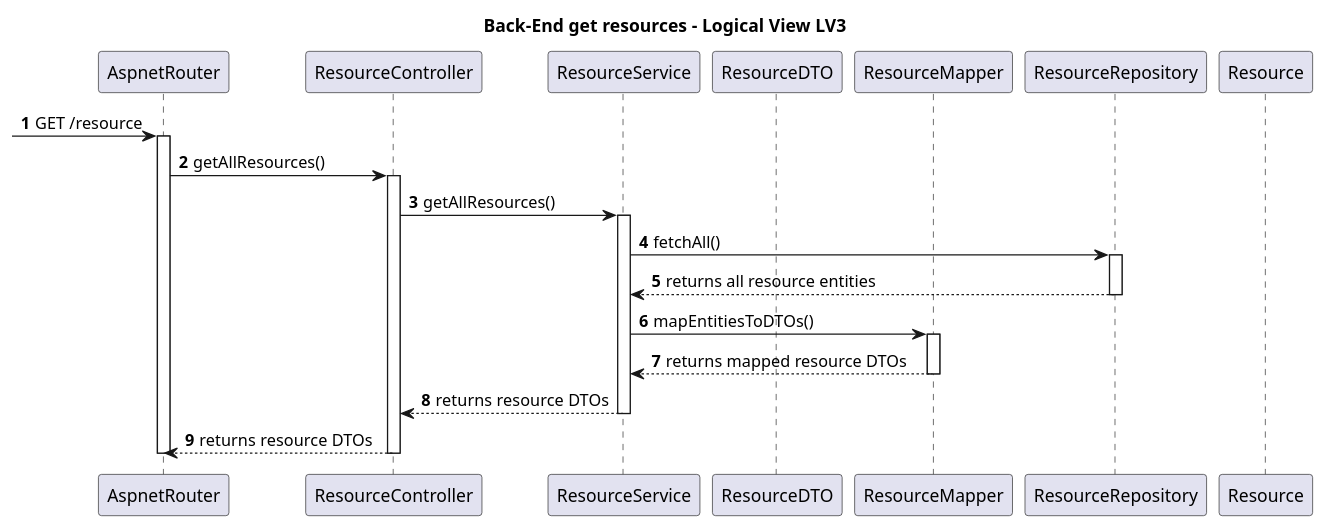
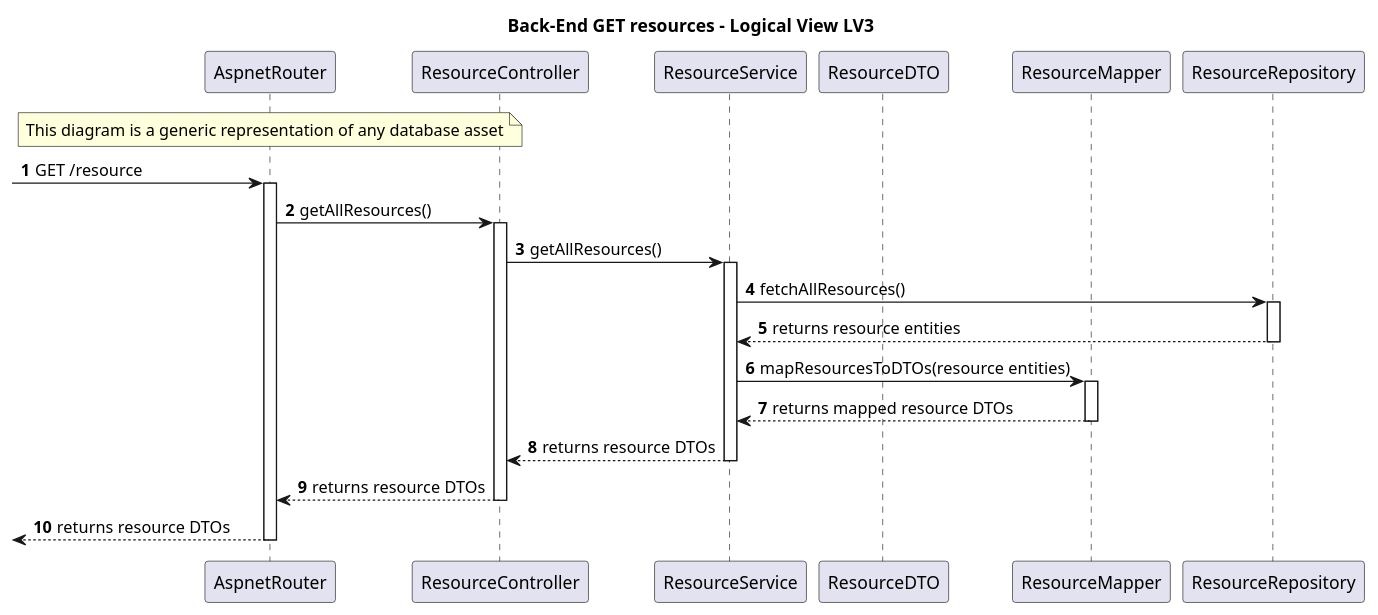
The diagram in Docs/SprintA/global_artifacts/generic_GET/level3/genericGetLevel3.puml (Saquinho74/LAPR5), drawn with PlantUML before and after one commit. The commit also changed 6 other files, not shown here.

Commit message:
Generic PUT and GET level 2 and 3 documentation updated

```diff
--- a/Docs/SprintA/global_artifacts/generic_GET/level3/genericGetLevel3.puml
+++ b/Docs/SprintA/global_artifacts/generic_GET/level3/genericGetLevel3.puml
@@ -1,38 +1,50 @@
 @startuml
 autonumber
 skinparam packageStyle rect
 
-title Back-End get resources - Logical View LV3
+title Back-End GET resources - Logical View LV3
 
 participant AspnetRouter as router
 participant ResourceController as ctrl
 participant ResourceService as service
 participant ResourceDTO as dto
 participant ResourceMapper as mapper
 participant ResourceRepository as repo
-participant Resource as domain
+
+
+note over router
+This diagram is a generic representation of any database asset
+end note
+
 
 -> router: GET /resource
 activate router
+
 router -> ctrl: getAllResources()
 activate ctrl
+
 ctrl -> service: getAllResources()
 activate service
-service -> repo: fetchAll()
+
+service -> repo: fetchAllResources()
 activate repo
-repo --> service: returns all resource entities
+
+repo --> service: returns resource entities
 deactivate repo
 
-service -> mapper: mapEntitiesToDTOs()
+service -> mapper: mapResourcesToDTOs(resource entities)
 activate mapper
+
 mapper --> service: returns mapped resource DTOs
 deactivate mapper
 
 service --> ctrl: returns resource DTOs
 deactivate service
 
 ctrl --> router: returns resource DTOs
 deactivate ctrl
+
+ <-- router : returns resource DTOs
 deactivate router
 
 @enduml
```
